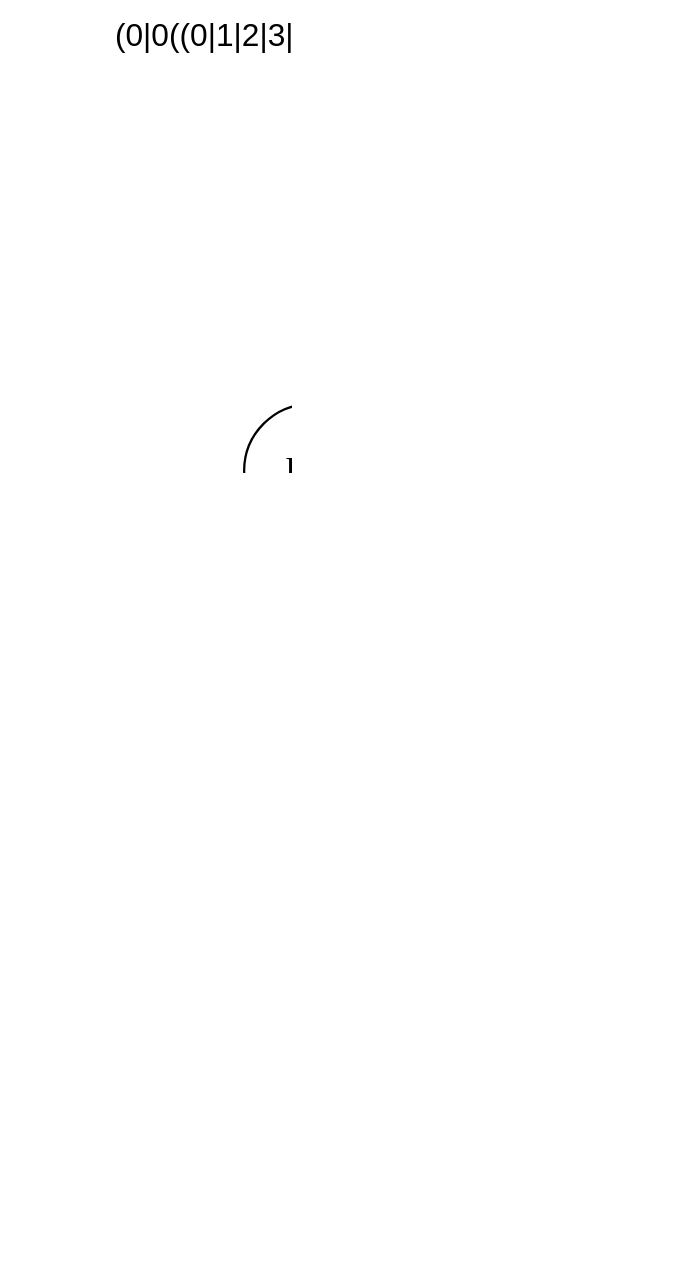
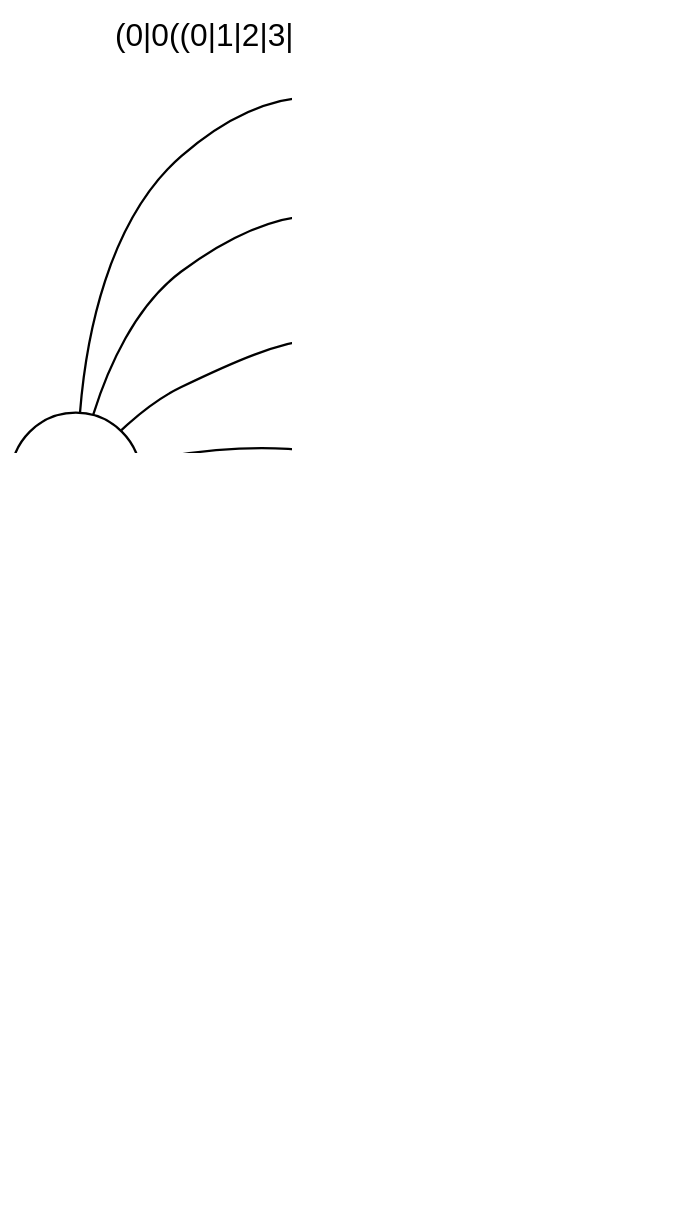
The diagram in regex_dots/9.dot (jorbDehmel/regex-to-dfa), drawn with Graphviz before and after one commit. The commit also changed 6 other files, not shown here.

```diff
--- a/regex_dots/9.dot
+++ b/regex_dots/9.dot
@@ -1,49 +1,49 @@
 digraph tokex {
 	labelloc="t";
 	label="(0|0((0|1|2|3|4|5|6|7)+')*(0|1|2|3|4|5|6|7)+)";
 	graph [dpi=200];
 	rankdir=LR;
 	fontname="Helvetica";
 	edge [arrowhead=normal,arrowtail=dot];
 	node [shape=circle];
 	# Auto-generated by Tokex.
 
 	q0 [label="End"];
-	q1 [label="End"];
-	q2 [label=""];
-	q3 [label="Beg"];
+	q1 [label=""];
+	q2 [label="Beg"];
+	q3 [label="End"];
+	q2 -> q3 [label="0"];
+	q2 -> q0 [label="1"];
+	q2 -> q0 [label="2"];
+	q2 -> q0 [label="3"];
+	q2 -> q0 [label="4"];
+	q2 -> q0 [label="5"];
+	q2 -> q0 [label="6"];
+	q2 -> q0 [label="7"];
+	q3 -> q1 [label="'"];
 	q3 -> q0 [label="0"];
-	q3 -> q1 [label="1"];
-	q3 -> q1 [label="2"];
-	q3 -> q1 [label="3"];
-	q3 -> q1 [label="4"];
-	q3 -> q1 [label="5"];
-	q3 -> q1 [label="6"];
-	q3 -> q1 [label="7"];
-	q0 -> q2 [label="'"];
-	q0 -> q1 [label="0"];
-	q0 -> q1 [label="1"];
-	q0 -> q1 [label="2"];
-	q0 -> q1 [label="3"];
-	q0 -> q1 [label="4"];
-	q0 -> q1 [label="5"];
-	q0 -> q1 [label="6"];
-	q0 -> q1 [label="7"];
-	q1 -> q2 [label="'"];
-	q1 -> q1 [label="0"];
-	q1 -> q1 [label="1"];
-	q1 -> q1 [label="2"];
-	q1 -> q1 [label="3"];
-	q1 -> q1 [label="4"];
-	q1 -> q1 [label="5"];
-	q1 -> q1 [label="6"];
-	q1 -> q1 [label="7"];
-	q2 -> q1 [label="0"];
-	q2 -> q1 [label="1"];
-	q2 -> q1 [label="2"];
-	q2 -> q1 [label="3"];
-	q2 -> q1 [label="4"];
-	q2 -> q1 [label="5"];
-	q2 -> q1 [label="6"];
-	q2 -> q1 [label="7"];
+	q3 -> q0 [label="1"];
+	q3 -> q0 [label="2"];
+	q3 -> q0 [label="3"];
+	q3 -> q0 [label="4"];
+	q3 -> q0 [label="5"];
+	q3 -> q0 [label="6"];
+	q3 -> q0 [label="7"];
+	q0 -> q1 [label="'"];
+	q0 -> q0 [label="0"];
+	q0 -> q0 [label="1"];
+	q0 -> q0 [label="2"];
+	q0 -> q0 [label="3"];
+	q0 -> q0 [label="4"];
+	q0 -> q0 [label="5"];
+	q0 -> q0 [label="6"];
+	q0 -> q0 [label="7"];
+	q1 -> q0 [label="0"];
+	q1 -> q0 [label="1"];
+	q1 -> q0 [label="2"];
+	q1 -> q0 [label="3"];
+	q1 -> q0 [label="4"];
+	q1 -> q0 [label="5"];
+	q1 -> q0 [label="6"];
+	q1 -> q0 [label="7"];
 }
```
